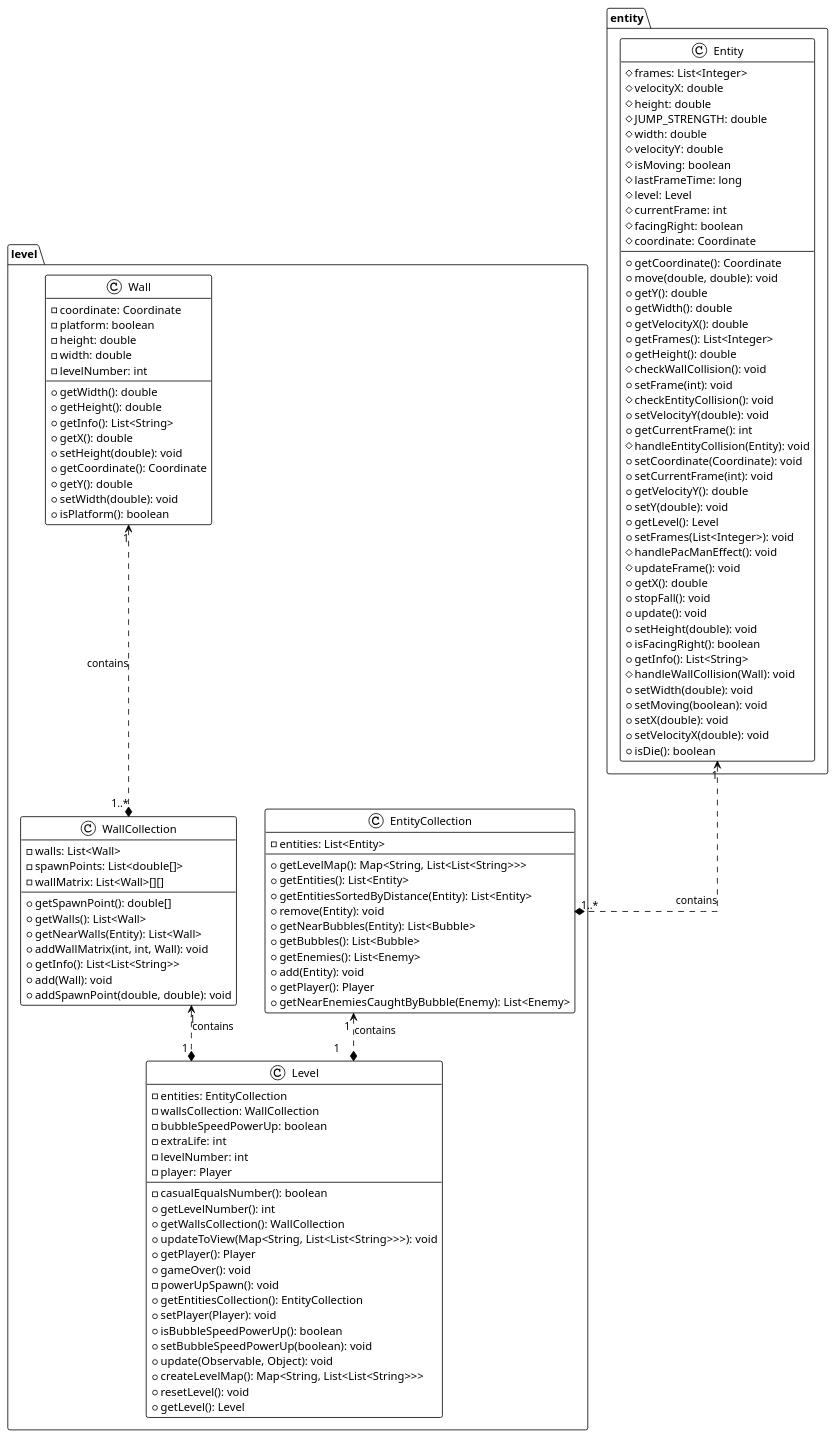
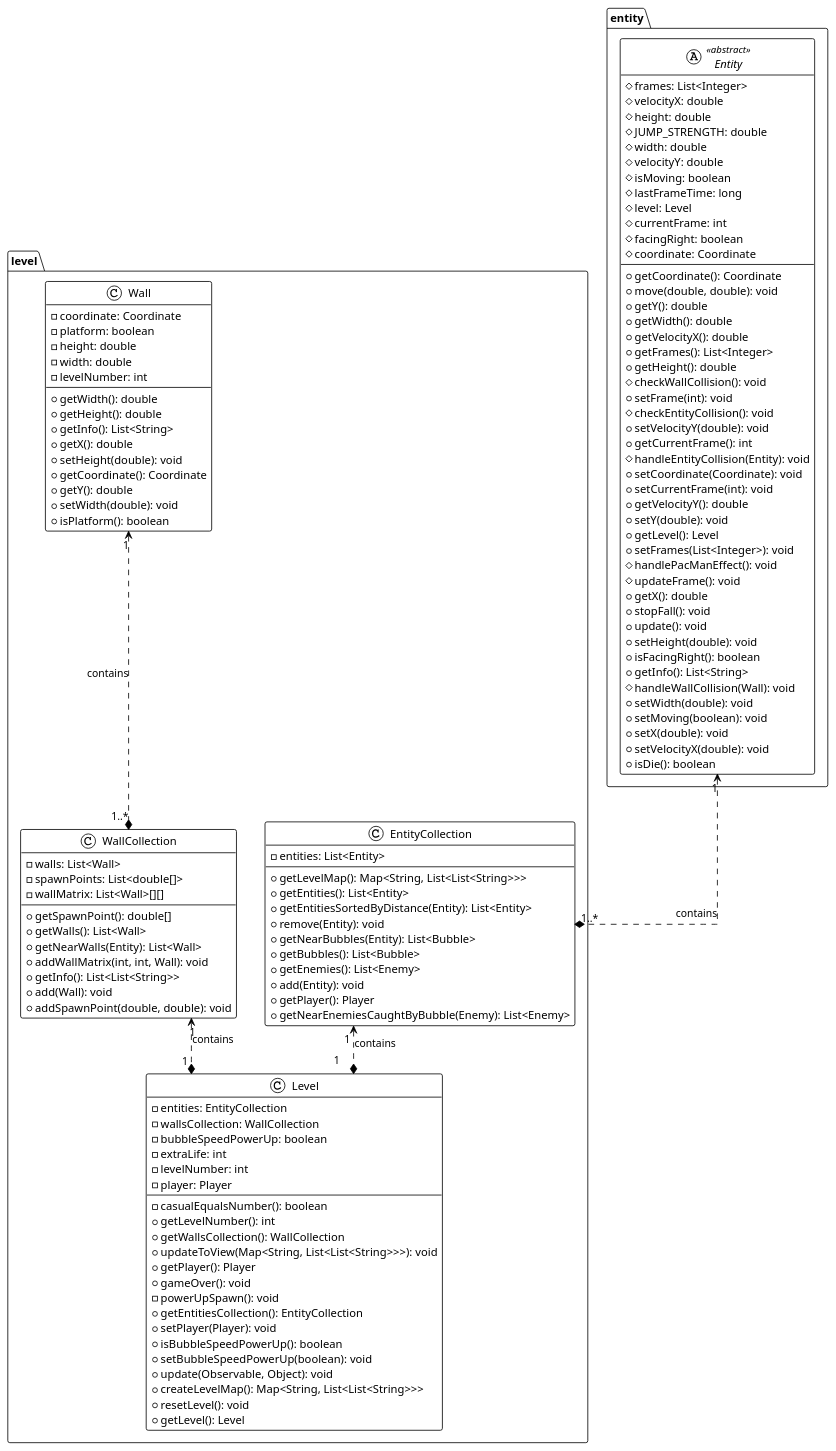
Before and after one commit to AxelRubini/JBubbleBobble: the diagram in documentation/level/levelpackageComposition.plantuml, drawn with PlantUML. The commit also changed 24 other files, not shown here.

Commit message:
UML and code formatting

```diff
--- a/documentation/level/levelpackageComposition.plantuml
+++ b/documentation/level/levelpackageComposition.plantuml
@@ -1,132 +1,132 @@
 @startuml
 
 !theme plain
 top to bottom direction
 skinparam linetype ortho
 skinparam groupInheritance false
 
 package level{
         class EntityCollection {
           - entities: List<Entity>
           + getLevelMap(): Map<String, List<List<String>>>
           + getEntities(): List<Entity>
           + getEntitiesSortedByDistance(Entity): List<Entity>
           + remove(Entity): void
           + getNearBubbles(Entity): List<Bubble>
           + getBubbles(): List<Bubble>
           + getEnemies(): List<Enemy>
           + add(Entity): void
           + getPlayer(): Player
           + getNearEnemiesCaughtByBubble(Enemy): List<Enemy>
         }
         class Level {
           - entities: EntityCollection
           - wallsCollection: WallCollection
           - bubbleSpeedPowerUp: boolean
           - extraLife: int
           - levelNumber: int
           - player: Player
           - casualEqualsNumber(): boolean
           + getLevelNumber(): int
           + getWallsCollection(): WallCollection
           + updateToView(Map<String, List<List<String>>>): void
           + getPlayer(): Player
           + gameOver(): void
           - powerUpSpawn(): void
           + getEntitiesCollection(): EntityCollection
           + setPlayer(Player): void
           + isBubbleSpeedPowerUp(): boolean
           + setBubbleSpeedPowerUp(boolean): void
           + update(Observable, Object): void
           + createLevelMap(): Map<String, List<List<String>>>
           + resetLevel(): void
           + getLevel(): Level
         }
 
 
         class Wall {
           - coordinate: Coordinate
           - platform: boolean
           - height: double
           - width: double
           - levelNumber: int
           + getWidth(): double
           + getHeight(): double
           + getInfo(): List<String>
           + getX(): double
           + setHeight(double): void
           + getCoordinate(): Coordinate
           + getY(): double
           + setWidth(double): void
           + isPlatform(): boolean
         }
         class WallCollection {
           - walls: List<Wall>
           - spawnPoints: List<double[]>
           - wallMatrix: List<Wall>[][]
           + getSpawnPoint(): double[]
           + getWalls(): List<Wall>
           + getNearWalls(Entity): List<Wall>
           + addWallMatrix(int, int, Wall): void
           + getInfo(): List<List<String>>
           + add(Wall): void
           + addSpawnPoint(double, double): void
         }
 }
 package entity{
-    class Entity {
+    abstract class Entity <<abstract>> {
       # frames: List<Integer>
       # velocityX: double
       # height: double
       # JUMP_STRENGTH: double
       # width: double
       # velocityY: double
       # isMoving: boolean
       # lastFrameTime: long
       # level: Level
       # currentFrame: int
       # facingRight: boolean
       # coordinate: Coordinate
       + getCoordinate(): Coordinate
       + move(double, double): void
       + getY(): double
       + getWidth(): double
       + getVelocityX(): double
       + getFrames(): List<Integer>
       + getHeight(): double
       # checkWallCollision(): void
       + setFrame(int): void
       # checkEntityCollision(): void
       + setVelocityY(double): void
       + getCurrentFrame(): int
       # handleEntityCollision(Entity): void
       + setCoordinate(Coordinate): void
       + setCurrentFrame(int): void
       + getVelocityY(): double
       + setY(double): void
       + getLevel(): Level
       + setFrames(List<Integer>): void
       # handlePacManEffect(): void
       # updateFrame(): void
       + getX(): double
       + stopFall(): void
       + update(): void
       + setHeight(double): void
       + isFacingRight(): boolean
       + getInfo(): List<String>
       # handleWallCollision(Wall): void
       + setWidth(double): void
       + setMoving(boolean): void
       + setX(double): void
       + setVelocityX(double): void
       + isDie(): boolean
     }
 
 
  }
 
 Entity "1"<..*"1..*" EntityCollection:contains
 Wall "1"<..*"1..*" WallCollection:contains
 EntityCollection "1"<..*"1\t" Level:contains
 WallCollection "1"<..*"1" Level:contains
 @enduml
```
